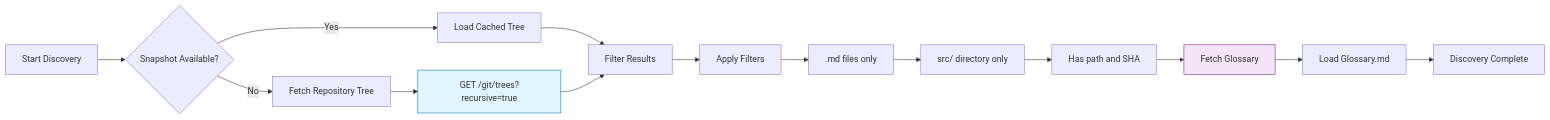
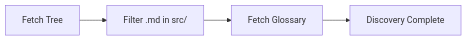
Before and after one commit to NivaldoFarias/translate-react: the third of 8 diagrams in docs/WORKFLOW.md, drawn with Mermaid. The commit also changed other lines of this file and 3 other files, not shown here.

````diff
--- a/docs/WORKFLOW.md
+++ b/docs/WORKFLOW.md
@@ -177,22 +80,6 @@
 ```mermaid
 flowchart LR
-    A[Start Discovery] --> B{Snapshot Available?}
-    B -->|Yes| C[Load Cached Tree]
-    B -->|No| D[Fetch Repository Tree]
-
-    D --> E[GET /git/trees?recursive=true]
-    C --> G[Filter Results]
-    E --> G
-
-    G --> H[Apply Filters]
-    H --> I[".md files only"]
-    I --> J["src/ directory only"]
-    J --> K[Has path and SHA]
-
-    K --> M[Fetch Glossary]
-    M --> N[Load Glossary.md]
-    N --> O[Discovery Complete]
-
-    style E fill:#e1f5fe,stroke:#0277bd
-    style M fill:#f3e5f5,stroke:#7b1fa2
+    A[Fetch Tree] --> B[Filter .md in src/]
+    B --> C[Fetch Glossary]
+    C --> D[Discovery Complete]
 ```
````
